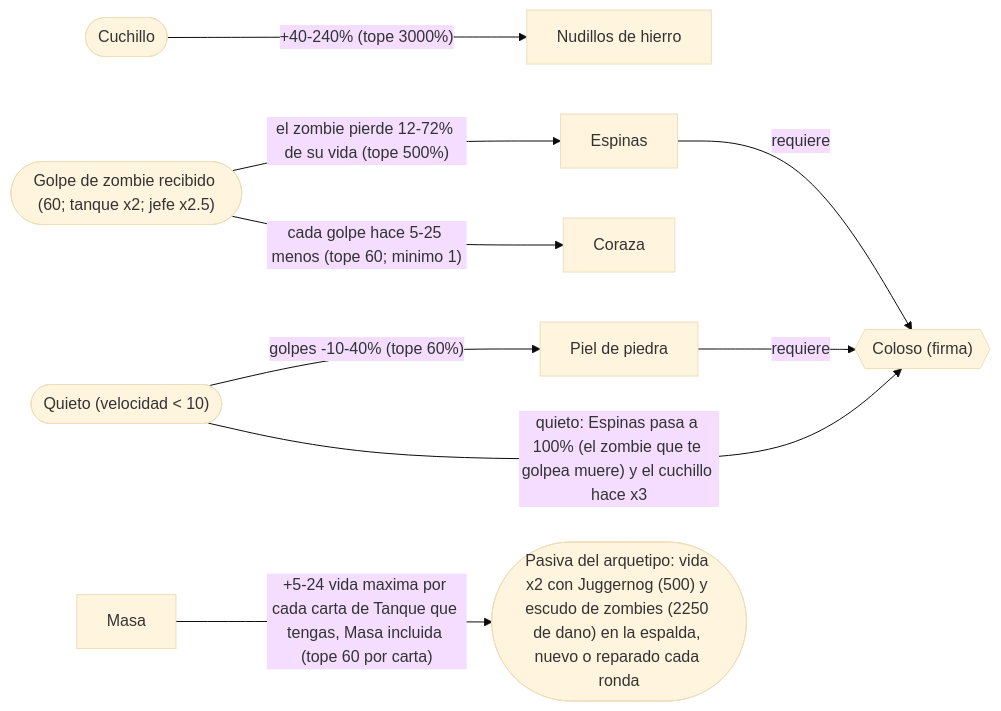
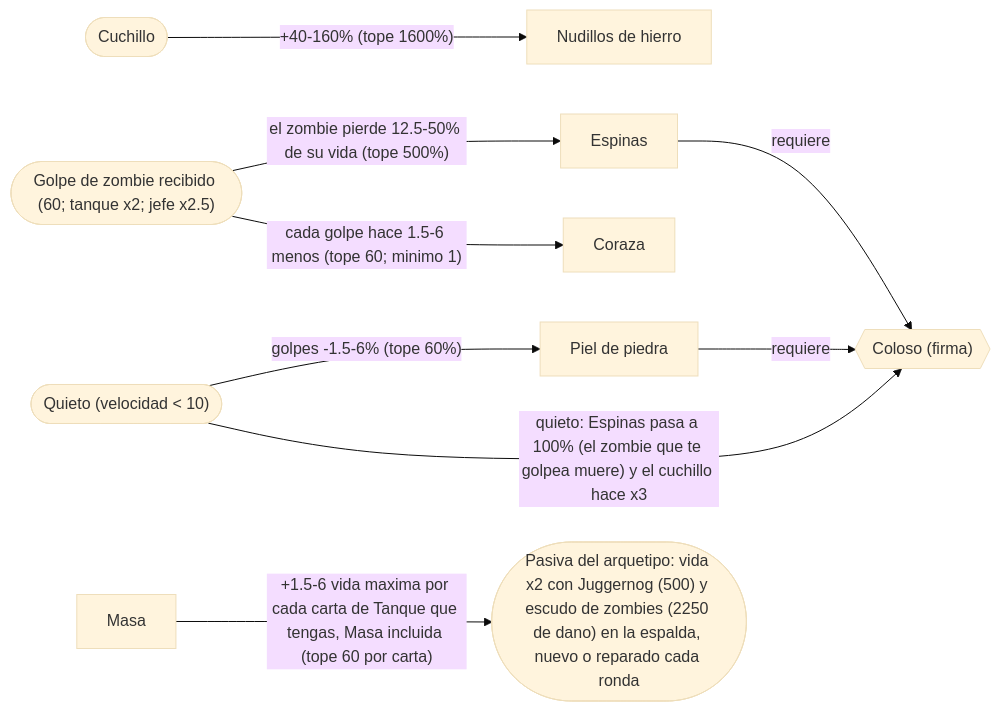
Before and after one commit to emailyasi1/bo2jodas: the ninth of 15 diagrams in ARQUETIPOS.md, drawn with Mermaid (base theme). The commit also changed other lines of this file and 12 other files, not shown here.

First line of the commit message:
1.10.10: 10 copias por carta, aguante de los zombies, dificultad (Maldicion), barra de vida

````diff
--- a/ARQUETIPOS.md
+++ b/ARQUETIPOS.md
@@ -346,21 +346,21 @@
 ```mermaid
 flowchart LR
     melee["Nudillos de hierro"]
     espinas["Espinas"]
     piedra["Piel de piedra"]
     coraza["Coraza"]
     masa["Masa"]
     coloso{{"Coloso (firma)"}}
+    QUIETO(["Quieto (velocidad &lt; 10)"])
     CUCHILLO(["Cuchillo"])
     PASIVA(["Pasiva del arquetipo: vida x2 con Juggernog (500) y escudo de zombies (2250 de dano) en la espalda, nuevo o reparado cada ronda"])
-    QUIETO(["Quieto (velocidad &lt; 10)"])
     GOLPE(["Golpe de zombie recibido (60; tanque x2; jefe x2.5)"])
-    GOLPE -->|"el zombie pierde 12-72% de su vida (tope 500%)"| espinas
-    CUCHILLO -->|"+40-240% (tope 3000%)"| melee
-    QUIETO -->|"golpes -10-40% (tope 60%)"| piedra
-    GOLPE -->|"cada golpe hace 5-25 menos (tope 60; minimo 1)"| coraza
-    masa -->|"+5-24 vida maxima por cada carta de Tanque que tengas, Masa incluida (tope 60 por carta)"| PASIVA
+    GOLPE -->|"el zombie pierde 12.5-50% de su vida (tope 500%)"| espinas
+    CUCHILLO -->|"+40-160% (tope 1600%)"| melee
+    QUIETO -->|"golpes -1.5-6% (tope 60%)"| piedra
+    GOLPE -->|"cada golpe hace 1.5-6 menos (tope 60; minimo 1)"| coraza
+    masa -->|"+1.5-6 vida maxima por cada carta de Tanque que tengas, Masa incluida (tope 60 por carta)"| PASIVA
     espinas -->|"requiere"| coloso
     piedra -->|"requiere"| coloso
     QUIETO -->|"quieto: Espinas pasa a 100% (el zombie que te golpea muere) y el cuchillo hace x3"| coloso
 ```
````
